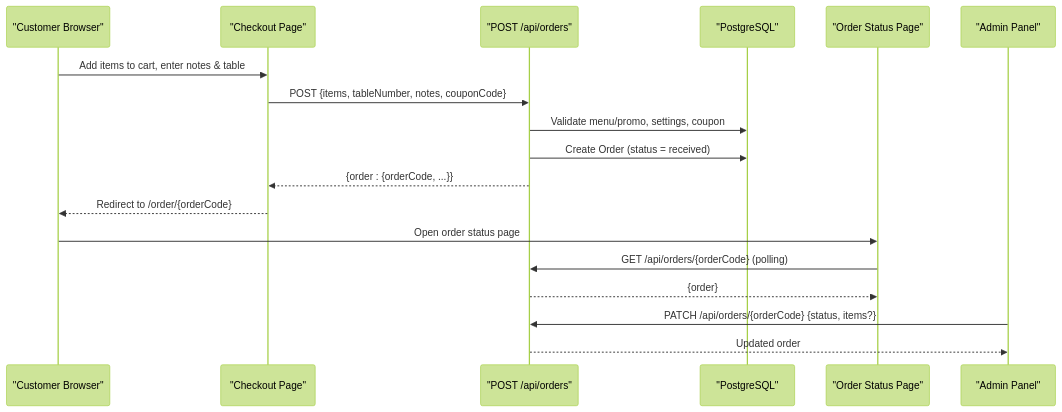
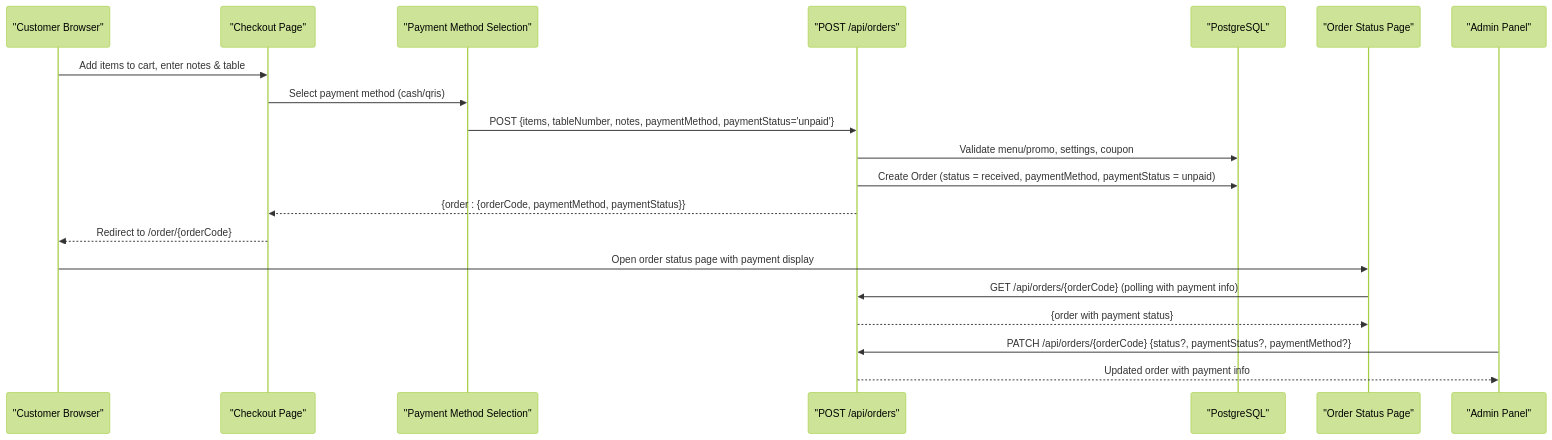
One commit to Ice-Nao-Eevee/Tera_Work changed the second of 10 diagrams in .qoder/repowiki/en/content/Architecture Overview/Backend Architecture/API Layer/Orders API Endpoints.md. Above: the diagram before and after it, drawn with Mermaid (forest theme). The commit also changed other lines of this file and 55 other files, not shown here.

````diff
--- a/.qoder/repowiki/en/content/Architecture Overview/Backend Architecture/API Layer/Orders API Endpoints.md
+++ b/.qoder/repowiki/en/content/Architecture Overview/Backend Architecture/API Layer/Orders API Endpoints.md
@@ -132,20 +143,22 @@
 ```mermaid
 sequenceDiagram
 participant Customer as "Customer Browser"
 participant Checkout as "Checkout Page"
+participant PaymentSelection as "Payment Method Selection"
 participant OrdersAPI as "POST /api/orders"
 participant DB as "PostgreSQL"
 participant StatusPage as "Order Status Page"
 participant Admin as "Admin Panel"
 Customer->>Checkout : Add items to cart, enter notes & table
-Checkout->>OrdersAPI : POST {items, tableNumber, notes, couponCode}
+Checkout->>PaymentSelection : Select payment method (cash/qris)
+PaymentSelection->>OrdersAPI : POST {items, tableNumber, notes, paymentMethod, paymentStatus='unpaid'}
 OrdersAPI->>DB : Validate menu/promo, settings, coupon
-OrdersAPI->>DB : Create Order (status = received)
-OrdersAPI-->>Checkout : {order : {orderCode, ...}}
+OrdersAPI->>DB : Create Order (status = received, paymentMethod, paymentStatus = unpaid)
+OrdersAPI-->>Checkout : {order : {orderCode, paymentMethod, paymentStatus}}
 Checkout-->>Customer : Redirect to /order/{orderCode}
-Customer->>StatusPage : Open order status page
-StatusPage->>OrdersAPI : GET /api/orders/{orderCode} (polling)
-OrdersAPI-->>StatusPage : {order}
-Admin->>OrdersAPI : PATCH /api/orders/{orderCode} {status, items?}
-OrdersAPI-->>Admin : Updated order
+Customer->>StatusPage : Open order status page with payment display
+StatusPage->>OrdersAPI : GET /api/orders/{orderCode} (polling with payment info)
+OrdersAPI-->>StatusPage : {order with payment status}
+Admin->>OrdersAPI : PATCH /api/orders/{orderCode} {status?, paymentStatus?, paymentMethod?}
+OrdersAPI-->>Admin : Updated order with payment info
 ```
````
